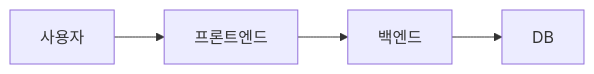
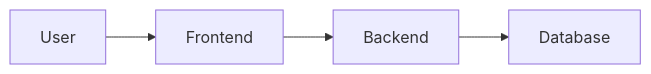
One commit to haandol/alps-generator changed the diagram in ALPS.md. Above: the diagram before and after it, drawn with Mermaid. The commit also changed other lines of this file, not shown here.

````diff
--- a/ALPS.md
+++ b/ALPS.md
@@ -127,6 +106,6 @@
 ```mermaid
 flowchart LR
-    사용자 --> 프론트엔드
-    프론트엔드 --> 백엔드
-    백엔드 --> DB
+    User --> Frontend
+    Frontend --> Backend
+    Backend --> Database
 ```
````
